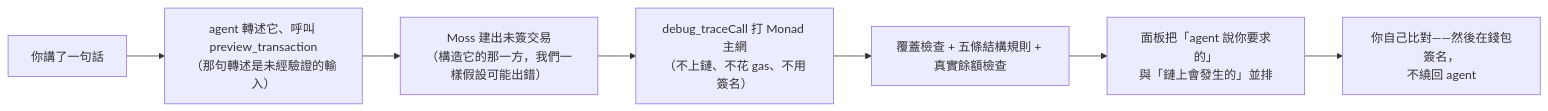
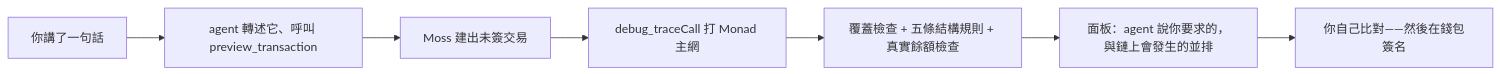
The diagram in README.zh-TW.md (USDHGwang/Vigil), drawn with Mermaid before and after one commit. The commit also changed 1 other file, not shown here.

Commit message:
docs: fix mermaid rendering — remove br tags from node labels

````diff
--- a/README.zh-TW.md
+++ b/README.zh-TW.md
@@ -77,9 +77,9 @@
 ```mermaid
 flowchart LR
-    A["你講了一句話"] --> B["agent 轉述它、呼叫 preview_transaction<br/>（那句轉述是未經驗證的輸入）"]
-    B --> C["Moss 建出未簽交易<br/>（構造它的那一方，我們一樣假設可能出錯）"]
-    C --> D["debug_traceCall 打 Monad 主網<br/>（不上鏈、不花 gas、不用簽名）"]
+    A["你講了一句話"] --> B["agent 轉述它、呼叫 preview_transaction"]
+    B --> C["Moss 建出未簽交易"]
+    C --> D["debug_traceCall 打 Monad 主網"]
     D --> E["覆蓋檢查 + 五條結構規則 + 真實餘額檢查"]
-    E --> F["面板把「agent 說你要求的」<br/>與「鏈上會發生的」並排"]
-    F --> G["你自己比對——然後在錢包簽名，<br/>不繞回 agent"]
+    E --> F["面板：agent 說你要求的，與鏈上會發生的並排"]
+    F --> G["你自己比對——然後在錢包簽名"]
 ```
````
